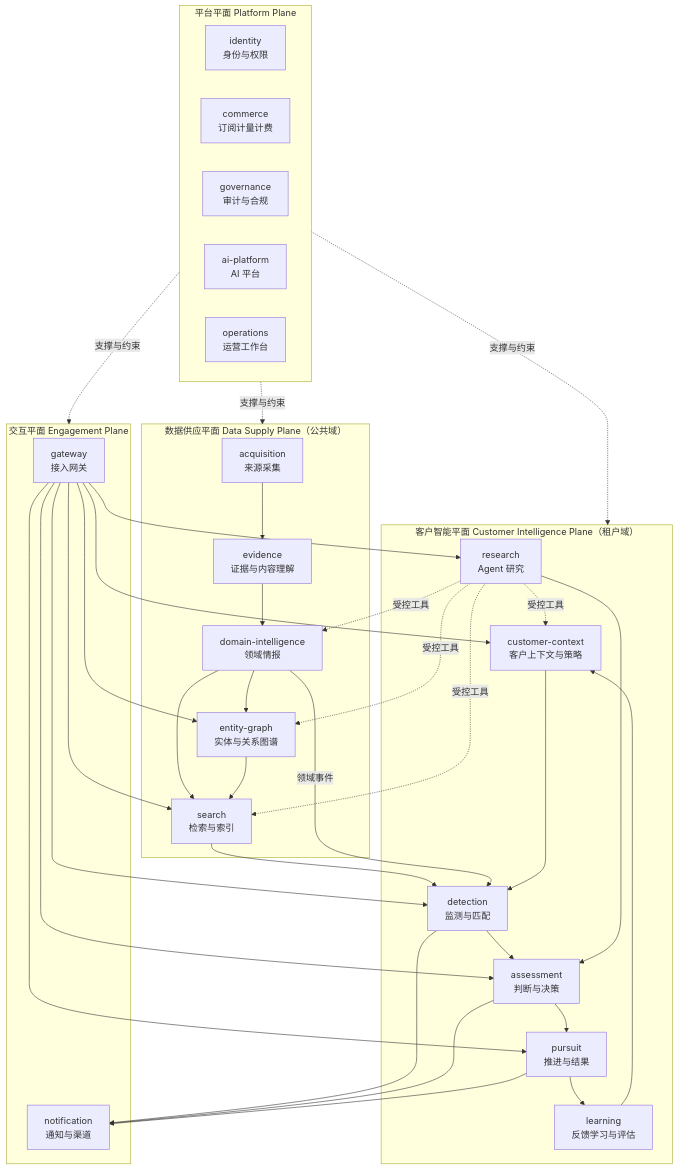
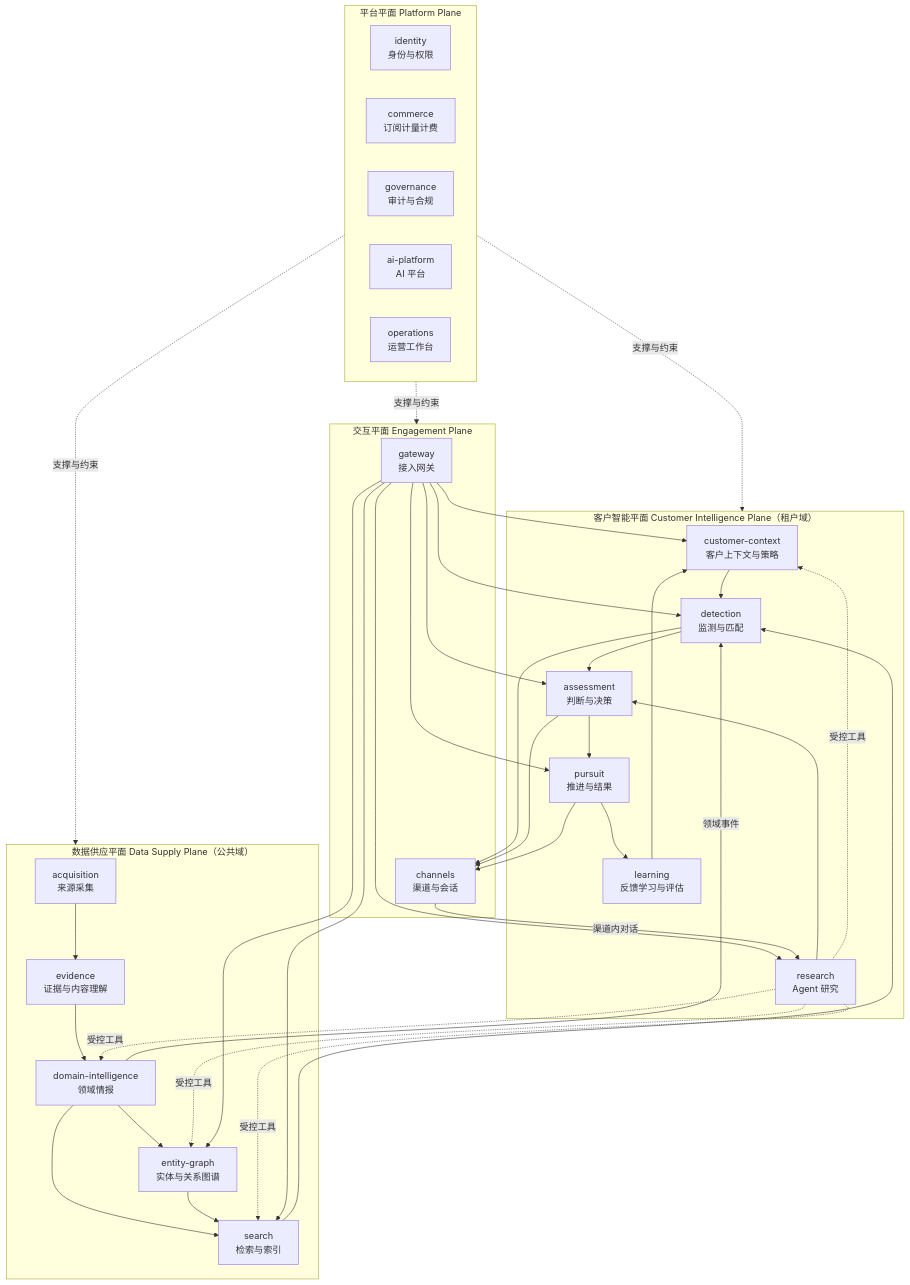
One commit to SuperAILabs/MiaoQia changed the first of 4 diagrams in docs/03-architecture/01-architecture-overview.md. Above: the diagram before and after it, drawn with Mermaid. The commit also changed other lines of this file and 23 other files, not shown here.

````diff
--- a/docs/03-architecture/01-architecture-overview.md
+++ b/docs/03-architecture/01-architecture-overview.md
@@ -37,46 +37,47 @@
 ```mermaid
 flowchart TB
   subgraph EP["交互平面 Engagement Plane"]
     GWY["gateway<br/>接入网关"]
-    NTF["notification<br/>通知与渠道"]
+    NTF["channels<br/>渠道与会话"]
   end
 
   subgraph CIP["客户智能平面 Customer Intelligence Plane（租户域）"]
     CTX["customer-context<br/>客户上下文与策略"]
     DET["detection<br/>监测与匹配"]
     RES["research<br/>Agent 研究"]
     ASM["assessment<br/>判断与决策"]
     PUR["pursuit<br/>推进与结果"]
     LRN["learning<br/>反馈学习与评估"]
   end
 
   subgraph DSP["数据供应平面 Data Supply Plane（公共域）"]
     ACQ["acquisition<br/>来源采集"]
     EVD["evidence<br/>证据与内容理解"]
     DOM["domain-intelligence<br/>领域情报"]
     ENT["entity-graph<br/>实体与关系图谱"]
     SRH["search<br/>检索与索引"]
   end
 
   subgraph PP["平台平面 Platform Plane"]
     IAM["identity<br/>身份与权限"]
     COM["commerce<br/>订阅计量计费"]
     GOV["governance<br/>审计与合规"]
     AIP["ai-platform<br/>AI 平台"]
     OPS["operations<br/>运营工作台"]
   end
 
   ACQ --> EVD --> DOM --> ENT
   DOM --> SRH
   ENT --> SRH
   SRH --> DET
   DOM -- 领域事件 --> DET
   CTX --> DET
   DET --> ASM
   RES --> ASM --> PUR
   PUR --> LRN --> CTX
   RES -. 受控工具 .-> SRH & ENT & DOM & CTX
   GWY --> CTX & DET & RES & ASM & PUR & SRH & ENT
+  NTF -- 渠道内对话 --> RES
   DET & ASM & PUR --> NTF
   PP -. 支撑与约束 .-> EP & CIP & DSP
 ```
````
